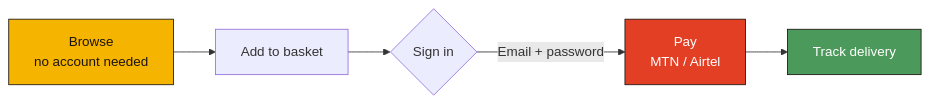
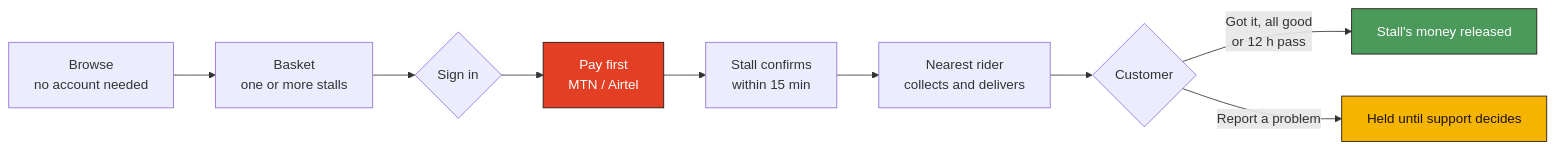
The first of 4 diagrams in README.md (SpeakPower-commits/tonninyira), drawn with Mermaid before and after one commit. The commit also changed other lines of this file, not shown here.

````diff
--- a/README.md
+++ b/README.md
@@ -52,10 +66,14 @@
 ```mermaid
 flowchart LR
-  A["Browse<br/>no account needed"] --> B["Add to basket"]
+  A["Browse<br/>no account needed"] --> B["Basket<br/>one or more stalls"]
   B --> C{"Sign in"}
-  C -->|"Email + password"| D["Pay<br/>MTN / Airtel"]
-  D --> E["Track delivery"]
-  style A fill:#F5B400,stroke:#1C1410,color:#1C1410
+  C --> D["Pay first<br/>MTN / Airtel"]
+  D --> E["Stall confirms<br/>within 15 min"]
+  E --> F["Nearest rider<br/>collects and delivers"]
+  F --> G{"Customer"}
+  G -->|"Got it, all good<br/>or 12 h pass"| H["Stall's money released"]
+  G -->|"Report a problem"| I["Held until support decides"]
   style D fill:#E23F25,stroke:#1C1410,color:#ffffff
-  style E fill:#4C9A5B,stroke:#1C1410,color:#ffffff
+  style H fill:#4C9A5B,stroke:#1C1410,color:#ffffff
+  style I fill:#F5B400,stroke:#1C1410,color:#1C1410
 ```
````
